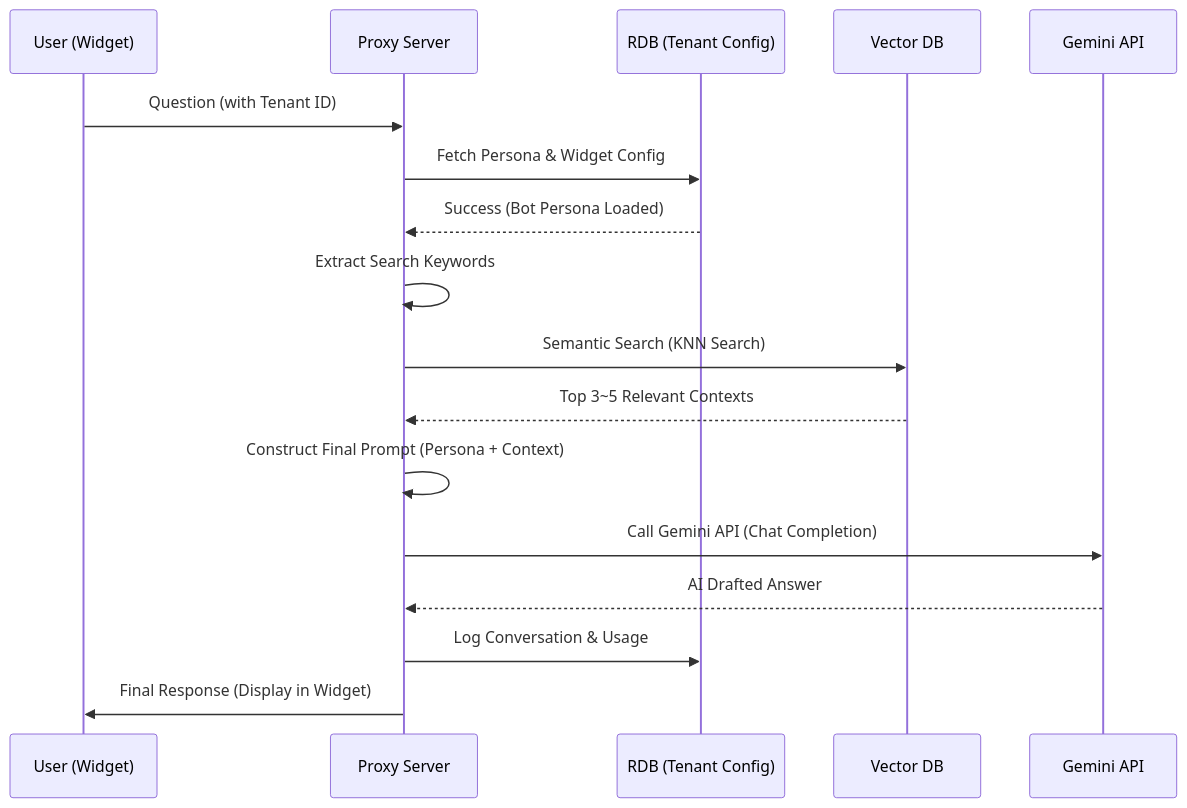
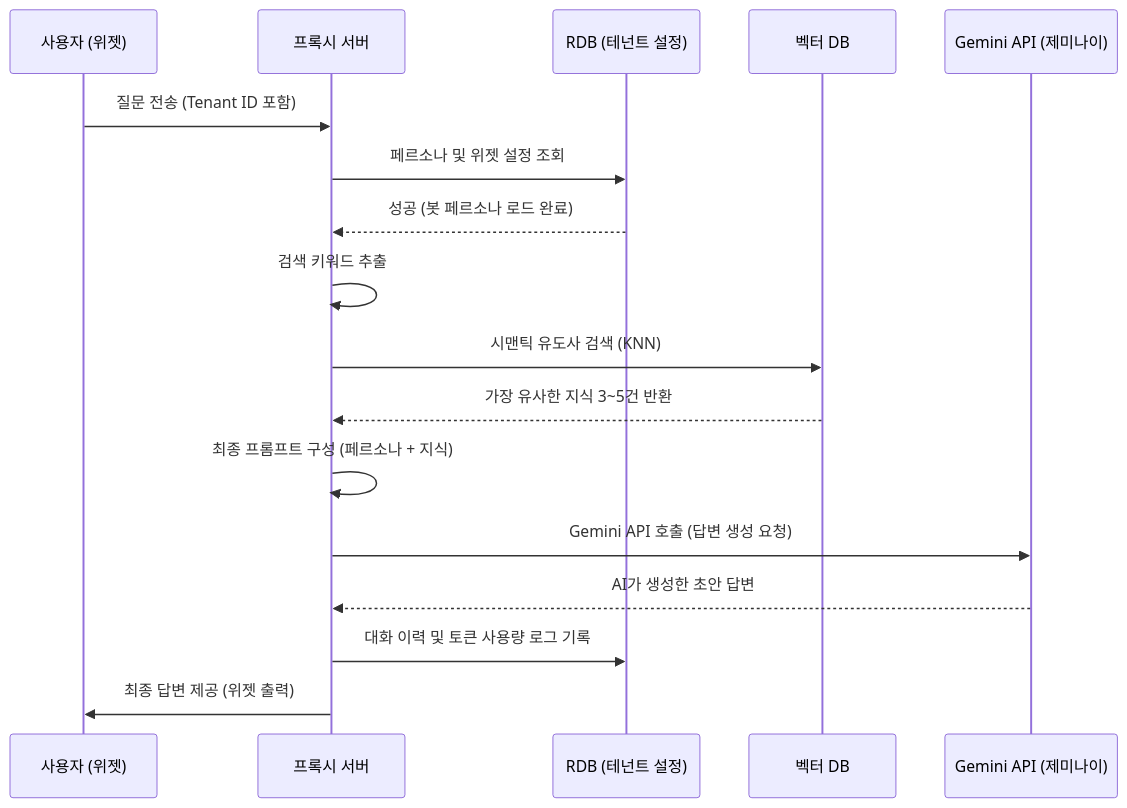
Before and after one commit to ledmega/mega: the second of 2 diagrams in docs/chatbot_builder/CHATBOT_BUILDER_DIAGRAM.md, drawn with Mermaid. The commit also changed other lines of this file and 1 other file, not shown here.

Commit message:
docs: 아키텍처 다이어그램 영문 표기 한글로 번역

````diff
--- a/docs/chatbot_builder/CHATBOT_BUILDER_DIAGRAM.md
+++ b/docs/chatbot_builder/CHATBOT_BUILDER_DIAGRAM.md
@@ -51,23 +51,23 @@
 ```mermaid
 sequenceDiagram
-    participant U as User (Widget)
-    participant P as Proxy Server
-    participant DB as RDB (Tenant Config)
-    participant V as Vector DB
-    participant AI as Gemini API
+    participant U as 사용자 (위젯)
+    participant P as 프록시 서버
+    participant DB as RDB (테넌트 설정)
+    participant V as 벡터 DB
+    participant AI as Gemini API (제미나이)
 
-    U->>P: Question (with Tenant ID)
-    P->>DB: Fetch Persona & Widget Config
-    DB-->>P: Success (Bot Persona Loaded)
+    U->>P: 질문 전송 (Tenant ID 포함)
+    P->>DB: 페르소나 및 위젯 설정 조회
+    DB-->>P: 성공 (봇 페르소나 로드 완료)
     
-    P->>P: Extract Search Keywords
-    P->>V: Semantic Search (KNN Search)
-    V-->>P: Top 3~5 Relevant Contexts
+    P->>P: 검색 키워드 추출
+    P->>V: 시맨틱 유도사 검색 (KNN)
+    V-->>P: 가장 유사한 지식 3~5건 반환
     
-    P->>P: Construct Final Prompt (Persona + Context)
-    P->>AI: Call Gemini API (Chat Completion)
-    AI-->>P: AI Drafted Answer
+    P->>P: 최종 프롬프트 구성 (페르소나 + 지식)
+    P->>AI: Gemini API 호출 (답변 생성 요청)
+    AI-->>P: AI가 생성한 초안 답변
     
-    P->>DB: Log Conversation & Usage
-    P->>U: Final Response (Display in Widget)
+    P->>DB: 대화 이력 및 토큰 사용량 로그 기록
+    P->>U: 최종 답변 제공 (위젯 출력)
 ```
````
